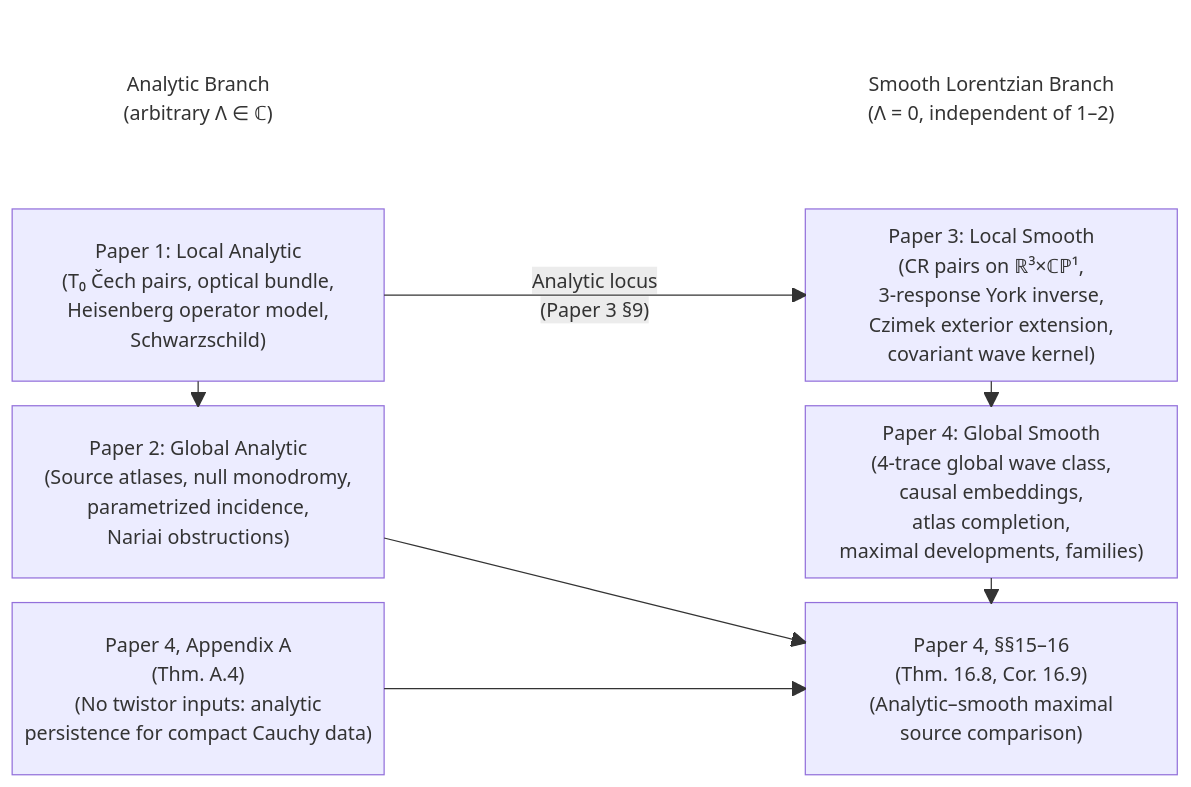
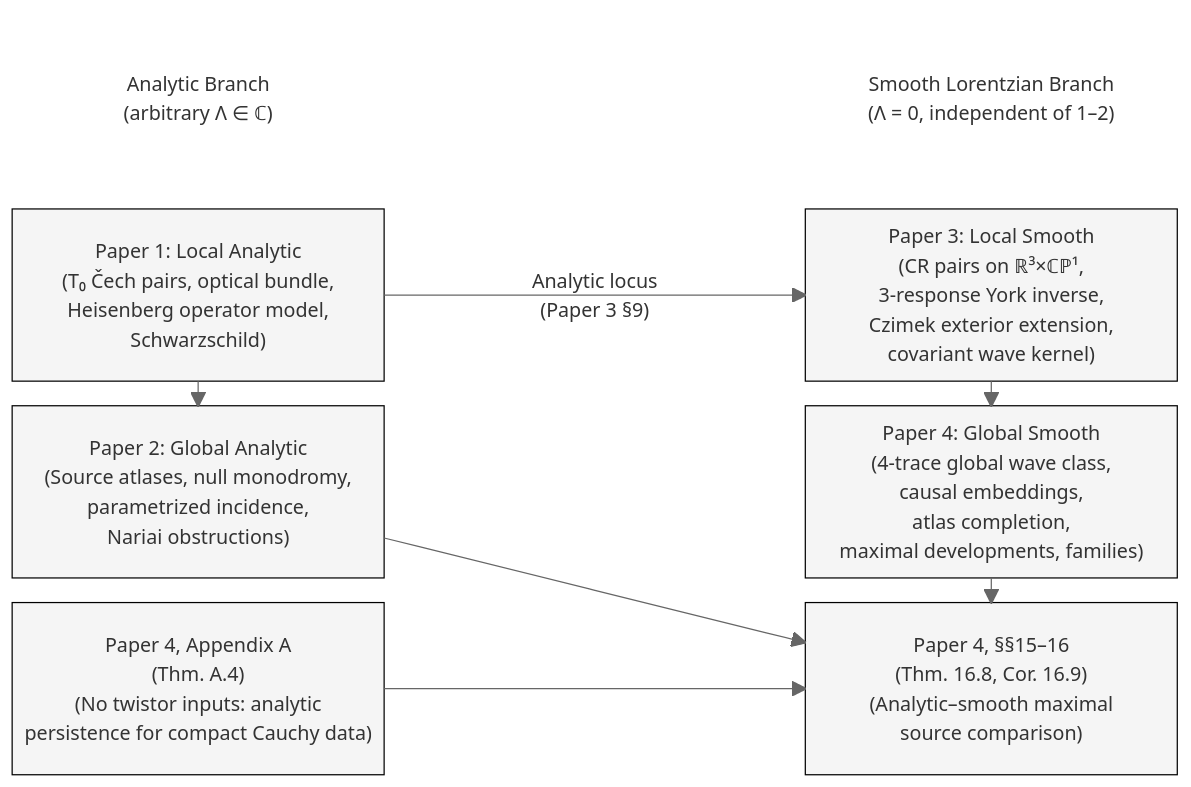
The diagram in README.md (lioristhmus/lioristhmus), drawn with Mermaid before and after one commit.

Commit message:
Use a monochrome palette for the paper dependency diagram

````diff
--- a/README.md
+++ b/README.md
@@ -36,25 +36,28 @@
 ```mermaid
 ---
 config:
+  theme: neutral
   block:
     padding: 20
   themeCSS: |
     .flowchart-link[id$="-P1-P3"], .flowchart-link[id$="-P2-B4"], .flowchart-link[id$="-P4-B4"] {
       stroke-dasharray: 5 4 !important;
     }
 ---
 block-beta
     columns 3
     Analytic["Analytic Branch<br/>(arbitrary Λ ∈ ℂ)"] space Smooth["Smooth Lorentzian Branch<br/>(Λ = 0, independent of 1–2)"]
     P1["Paper 1: Local Analytic<br/>(T₀ Čech pairs, optical bundle,<br/>Heisenberg operator model,<br/>Schwarzschild)"] space P3["Paper 3: Local Smooth<br/>(CR pairs on ℝ³×ℂℙ¹,<br/>3-response York inverse,<br/>Czimek exterior extension,<br/>covariant wave kernel)"]
     P2["Paper 2: Global Analytic<br/>(Source atlases, null monodromy,<br/>parametrized incidence,<br/>Nariai obstructions)"] space P4["Paper 4: Global Smooth<br/>(4-trace global wave class,<br/>causal embeddings,<br/>atlas completion,<br/>maximal developments, families)"]
     A4["Paper 4, Appendix A<br/>(Thm. A.4)<br/>(No twistor inputs: analytic<br/>persistence for compact Cauchy data)"] space B4["Paper 4, §§15–16<br/>(Thm. 16.8, Cor. 16.9)<br/>(Analytic–smooth maximal<br/>source comparison)"]
     P1 --> P2
     P3 --> P4
     P1 -- "Analytic locus<br/>(Paper 3 §9)" --> P3
     P2 --> B4
     P4 --> B4
     A4 --> B4
+    classDef paper fill:#f5f5f5,stroke:#000000,stroke-width:1px,color:#111111
+    class P1,P2,P3,P4,A4,B4 paper
     style Analytic fill:transparent,stroke-width:0px
     style Smooth fill:transparent,stroke-width:0px
 ```
````
